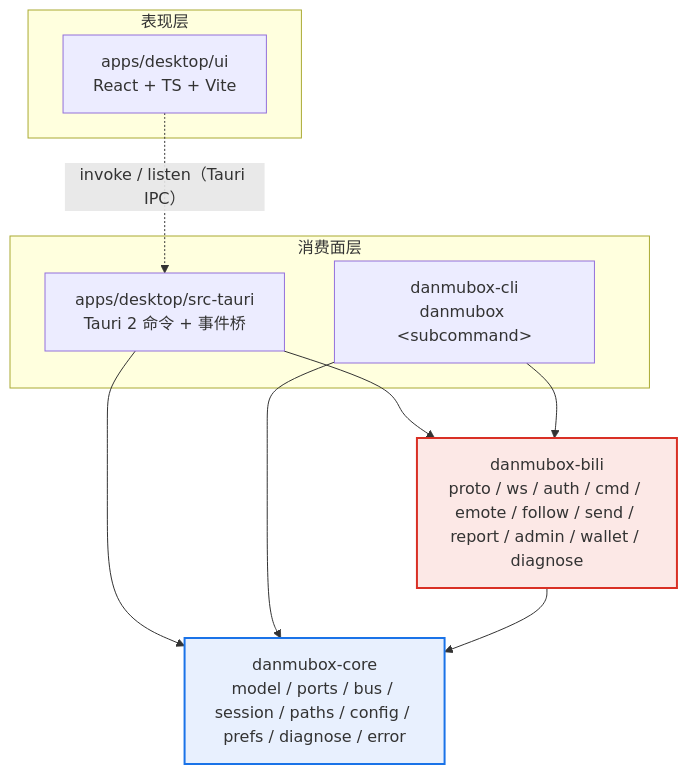
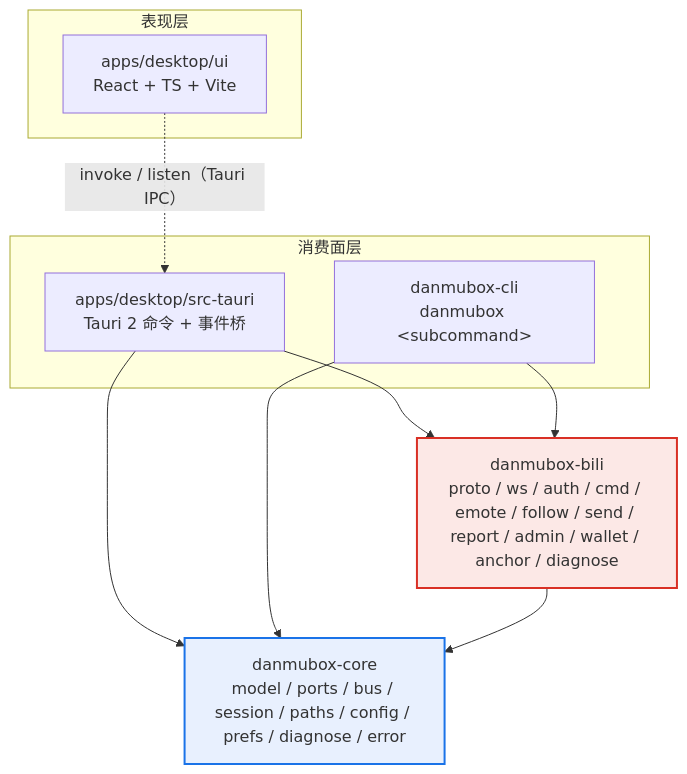
Before and after one commit to HakaseZ/danmubox: the first of 6 diagrams in docs/architecture.md, drawn with Mermaid. The commit also changed other lines of this file and 20 other files, not shown here.

````diff
--- a/docs/architecture.md
+++ b/docs/architecture.md
@@ -36,26 +36,26 @@
 ```mermaid
 graph TD
   subgraph presentation["表现层"]
     WEB["apps/desktop/ui<br/>React + TS + Vite"]
   end
 
   subgraph consumers["消费面层"]
     SHELL["apps/desktop/src-tauri<br/>Tauri 2 命令 + 事件桥"]
     CLI["danmubox-cli<br/>danmubox &lt;subcommand&gt;"]
   end
 
-  BILI["danmubox-bili<br/>proto / ws / auth / cmd / emote / follow / send / report / admin / wallet / diagnose"]
+  BILI["danmubox-bili<br/>proto / ws / auth / cmd / emote / follow / send / report / admin / wallet / anchor / diagnose"]
   CORE["danmubox-core<br/>model / ports / bus / session / paths / config / prefs / diagnose / error"]
 
   WEB -. "invoke / listen（Tauri IPC）" .-> SHELL
   SHELL --> BILI
   SHELL --> CORE
   CLI --> BILI
   CLI --> CORE
   BILI --> CORE
 
   classDef adapter fill:#fce8e6,stroke:#d93025,stroke-width:2px
   classDef core fill:#e8f0fe,stroke:#1a73e8,stroke-width:2px
   class BILI adapter
   class CORE core
 ```
````
